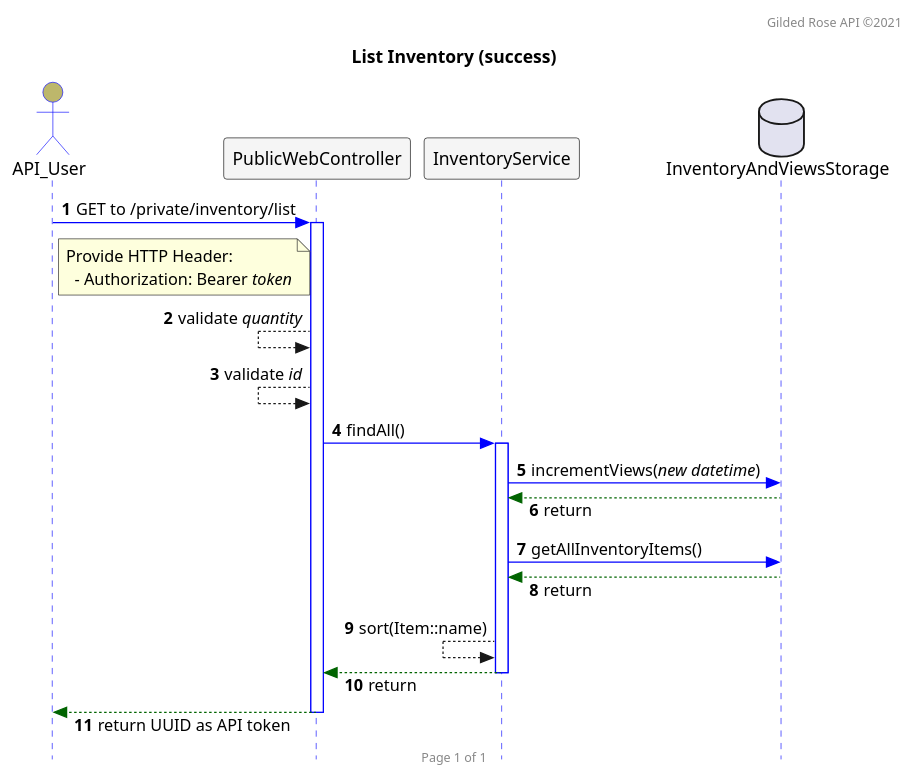
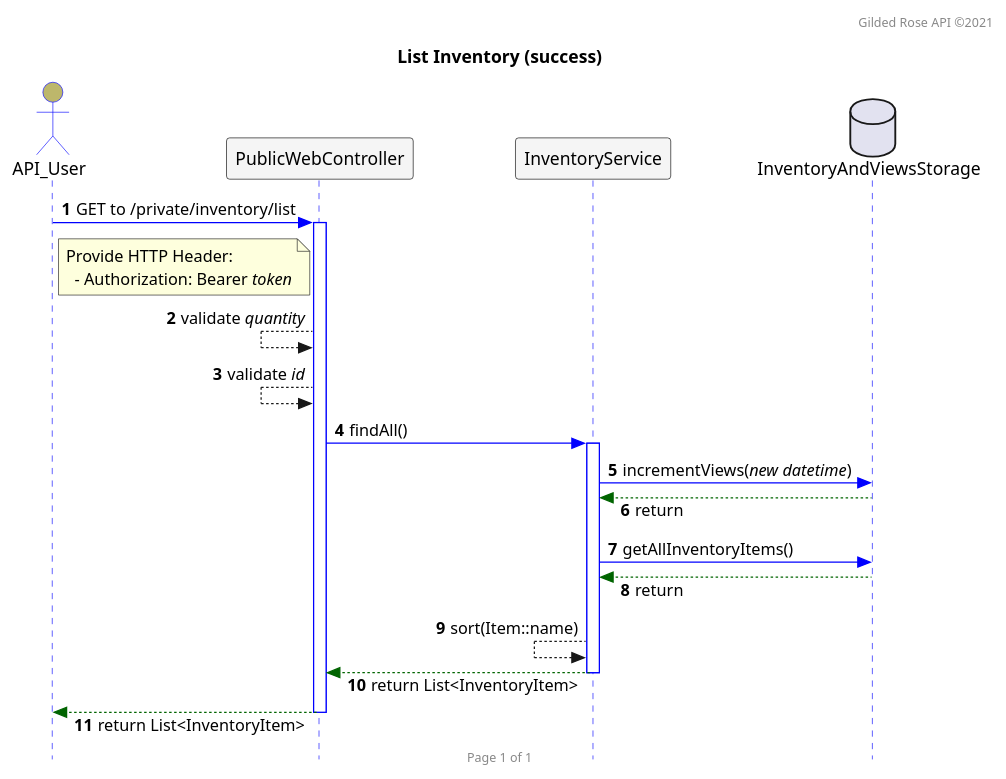
The diagram in src/main/resources/seq.list.puml (bladewheels/GildedRoseAPI), drawn with PlantUML before and after one commit.

```diff
--- a/src/main/resources/seq.list.puml
+++ b/src/main/resources/seq.list.puml
@@ -1,47 +1,47 @@
 @startuml
 
 autonumber
 header Gilded Rose API ©2021
 footer Page 1 of 1
 hide footbox
 
 skinparam responseMessageBelowArrow true
 skinparam sequence {
   ActorBackgroundColor DarkKhaki
   ActorBorderColor Blue
   DatabaseBackgroundColor Gray
   DatabaseBorderColor Black
   LifeLineBorderColor Blue
   ParticipantBackgroundColor WhiteSmoke
   ParticipantBorderColor Black
 }
 skinparam style strictuml
 
 title List Inventory (success)
 
 actor API_User
 participant PublicWebController
 participant InventoryService
 database InventoryAndViewsStorage
 
 API_User -[#0000FF]> PublicWebController : GET to /private/inventory/list
 note right of API_User
  Provide HTTP Header:
    - Authorization: Bearer //token//
 end note
 activate PublicWebController
 PublicWebController <-- PublicWebController : validate //quantity//
 PublicWebController <-- PublicWebController : validate //id//
 PublicWebController -[#0000FF]> InventoryService : findAll()
 activate InventoryService
 InventoryService -[#0000FF]> InventoryAndViewsStorage : incrementViews(//new datetime//)
 InventoryService <[#DarkGreen]-- InventoryAndViewsStorage : return
 InventoryService -[#0000FF]> InventoryAndViewsStorage : getAllInventoryItems()
 InventoryService <[#DarkGreen]-- InventoryAndViewsStorage : return
 InventoryService <-- InventoryService : sort(Item::name)
-PublicWebController <[#DarkGreen]-- InventoryService : return
+PublicWebController <[#DarkGreen]-- InventoryService : return List<InventoryItem>
 deactivate InventoryService
-API_User <[#DarkGreen]-- PublicWebController : return UUID as API token
+API_User <[#DarkGreen]-- PublicWebController : return List<InventoryItem>
 deactivate PublicWebController
 
 @enduml
```
